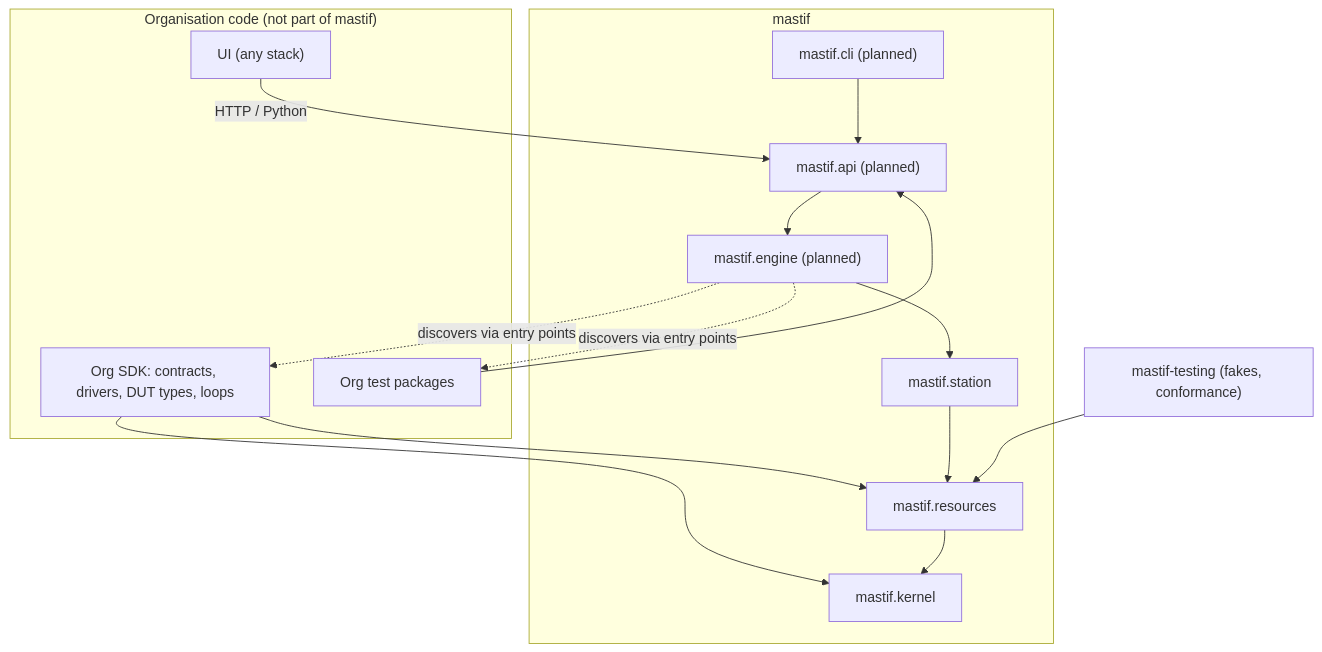
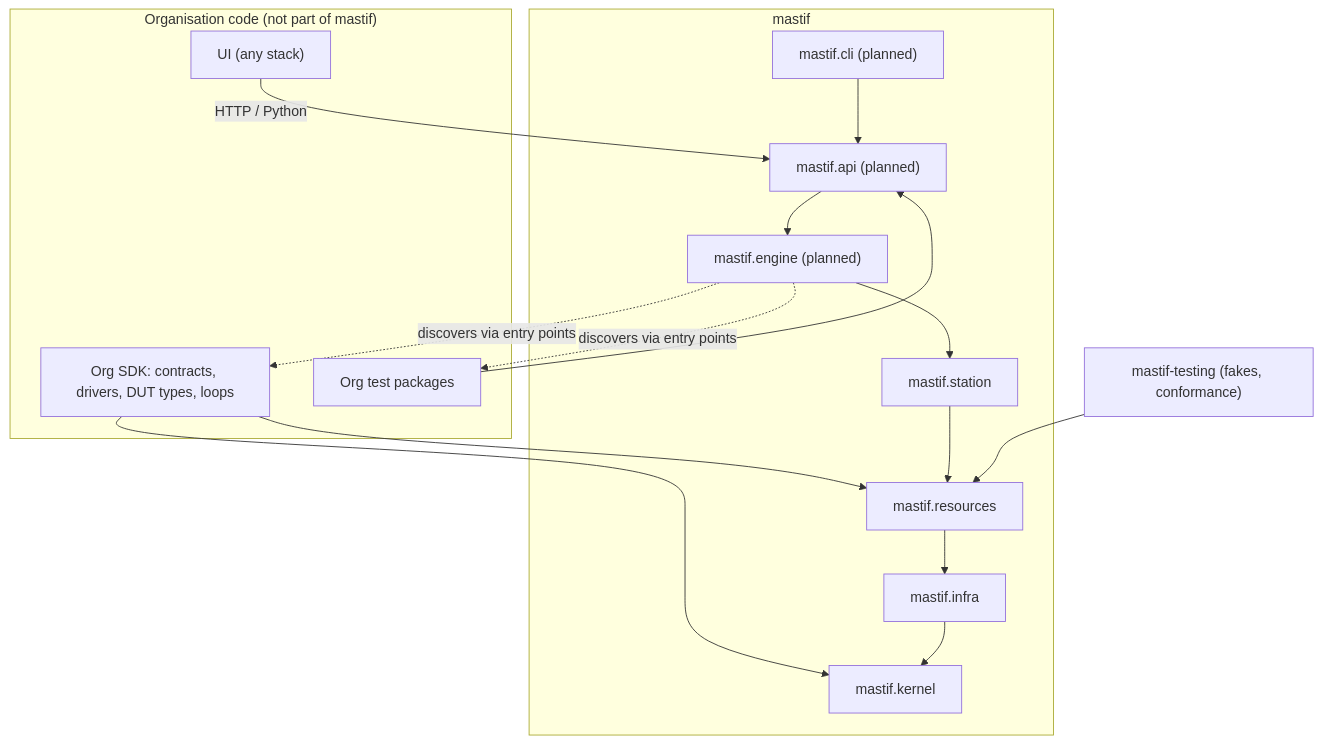
The first of 2 diagrams in docs/adr/0001-layered-architecture.md (PuglyD/mastif), drawn with Mermaid before and after one commit. The commit also changed other lines of this file and 19 other files, not shown here.

````diff
--- a/docs/adr/0001-layered-architecture.md
+++ b/docs/adr/0001-layered-architecture.md
@@ -58,25 +59,26 @@
 ```mermaid
 flowchart TB
     subgraph org["Organisation code (not part of mastif)"]
         ui["UI (any stack)"]
         sdk["Org SDK: contracts, drivers, DUT types, loops"]
         tests["Org test packages"]
     end
     subgraph mastif["mastif"]
         cli["mastif.cli (planned)"]
         api["mastif.api (planned)"]
         engine["mastif.engine (planned)"]
         station["mastif.station"]
         resources["mastif.resources"]
+        infra["mastif.infra"]
         kernel["mastif.kernel"]
     end
     testing["mastif-testing (fakes, conformance)"]
     ui -->|HTTP / Python| api
     tests --> api
     sdk --> resources
     sdk --> kernel
-    cli --> api --> engine --> station --> resources --> kernel
+    cli --> api --> engine --> station --> resources --> infra --> kernel
     testing --> resources
     engine -.discovers via entry points.-> sdk
     engine -.discovers via entry points.-> tests
 ```
````
